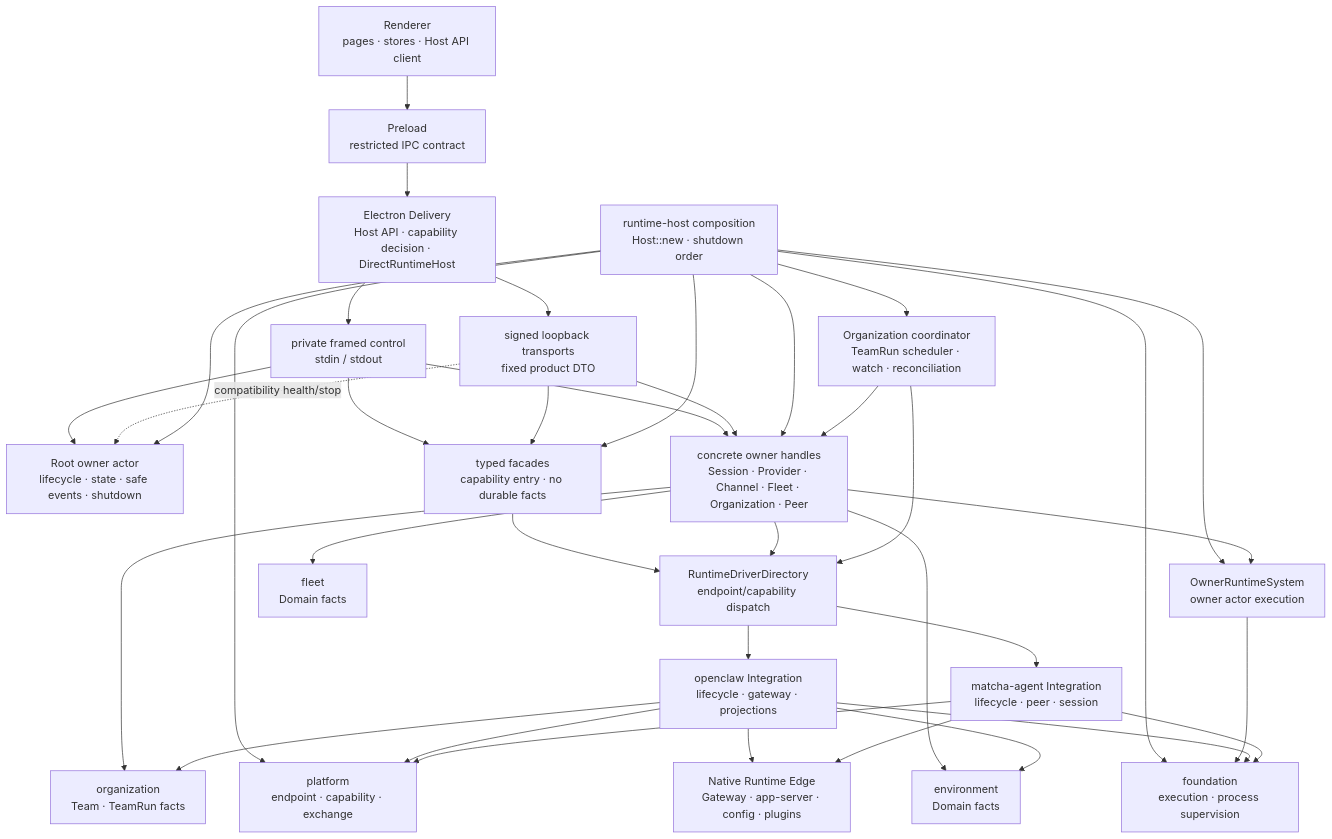
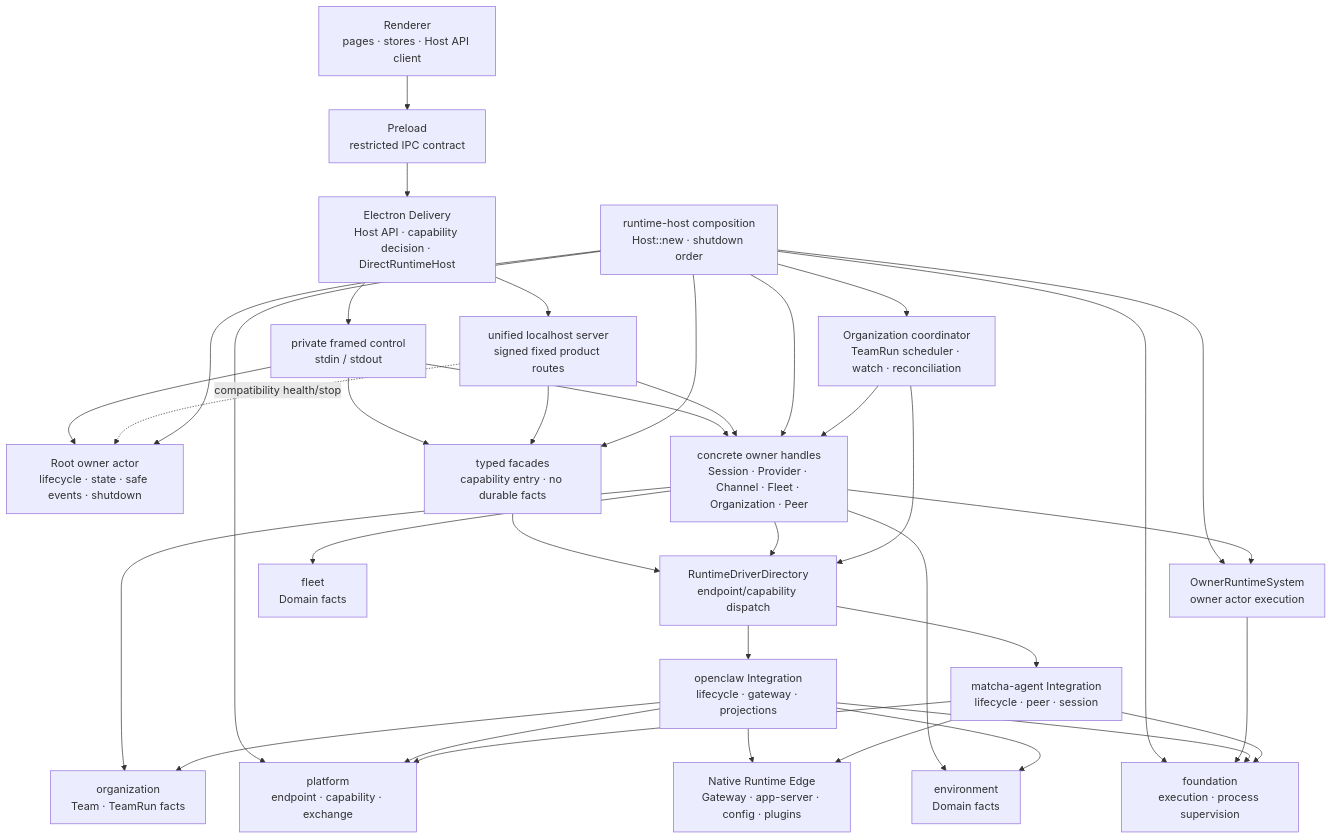
The first of 6 diagrams in docs/architecture/layered-architecture.md (hellowKeyzj/Matcha-claw), drawn with Mermaid before and after one commit. The commit also changed other lines of this file and 457 other files, not shown here.

````diff
--- a/docs/architecture/layered-architecture.md
+++ b/docs/architecture/layered-architecture.md
@@ -38,61 +38,61 @@
 ```mermaid
 flowchart TB
   Renderer["Renderer\npages · stores · Host API client"]
   Preload["Preload\nrestricted IPC contract"]
   Electron["Electron Delivery\nHost API · capability decision · DirectRuntimeHost"]
   Control["private framed control\nstdin / stdout"]
-  PublicTransport["signed loopback transports\nfixed product DTO"]
+  PublicTransport["unified localhost server\nsigned fixed product routes"]
 
   Host["runtime-host composition\nHost::new · shutdown order"]
   Root["Root owner actor\nlifecycle · state · safe events · shutdown"]
   Facade["typed facades\ncapability entry · no durable facts"]
   Owners["concrete owner handles\nSession · Provider · Channel · Fleet · Organization · Peer"]
   OwnerRuntime["OwnerRuntimeSystem\nowner actor execution"]
   TeamCoordinator["Organization coordinator\nTeamRun scheduler · watch · reconciliation"]
   Directory["RuntimeDriverDirectory\nendpoint/capability dispatch"]
 
   Foundation["foundation\nexecution · process supervision"]
   Platform["platform\nendpoint · capability · exchange"]
   Environment["environment\nDomain facts"]
   Fleet["fleet\nDomain facts"]
   Organization["organization\nTeam · TeamRun facts"]
   OpenClaw["openclaw Integration\nlifecycle · gateway · projections"]
   Matcha["matcha-agent Integration\nlifecycle · peer · session"]
   Native["Native Runtime Edge\nGateway · app-server · config · plugins"]
 
   Renderer --> Preload --> Electron
   Electron --> Control
   Electron --> PublicTransport
   Control --> Root
   Control --> Facade
   Control --> Owners
   PublicTransport --> Facade
   PublicTransport --> Owners
   PublicTransport -. compatibility health/stop .-> Root
   Host --> Root
   Host --> Facade
   Host --> Owners
   Host --> OwnerRuntime
   Host --> TeamCoordinator
   Facade --> Directory
   Owners --> OwnerRuntime
   Owners --> Directory
   TeamCoordinator --> Owners
   TeamCoordinator --> Directory
   Host --> Foundation
   Host --> Platform
   OwnerRuntime --> Foundation
   Owners --> Environment
   Owners --> Fleet
   Owners --> Organization
   Directory --> OpenClaw
   Directory --> Matcha
   OpenClaw --> Foundation
   OpenClaw --> Platform
   OpenClaw --> Environment
   OpenClaw --> Organization
   Matcha --> Foundation
   Matcha --> Platform
   OpenClaw --> Native
   Matcha --> Native
 ```
````
